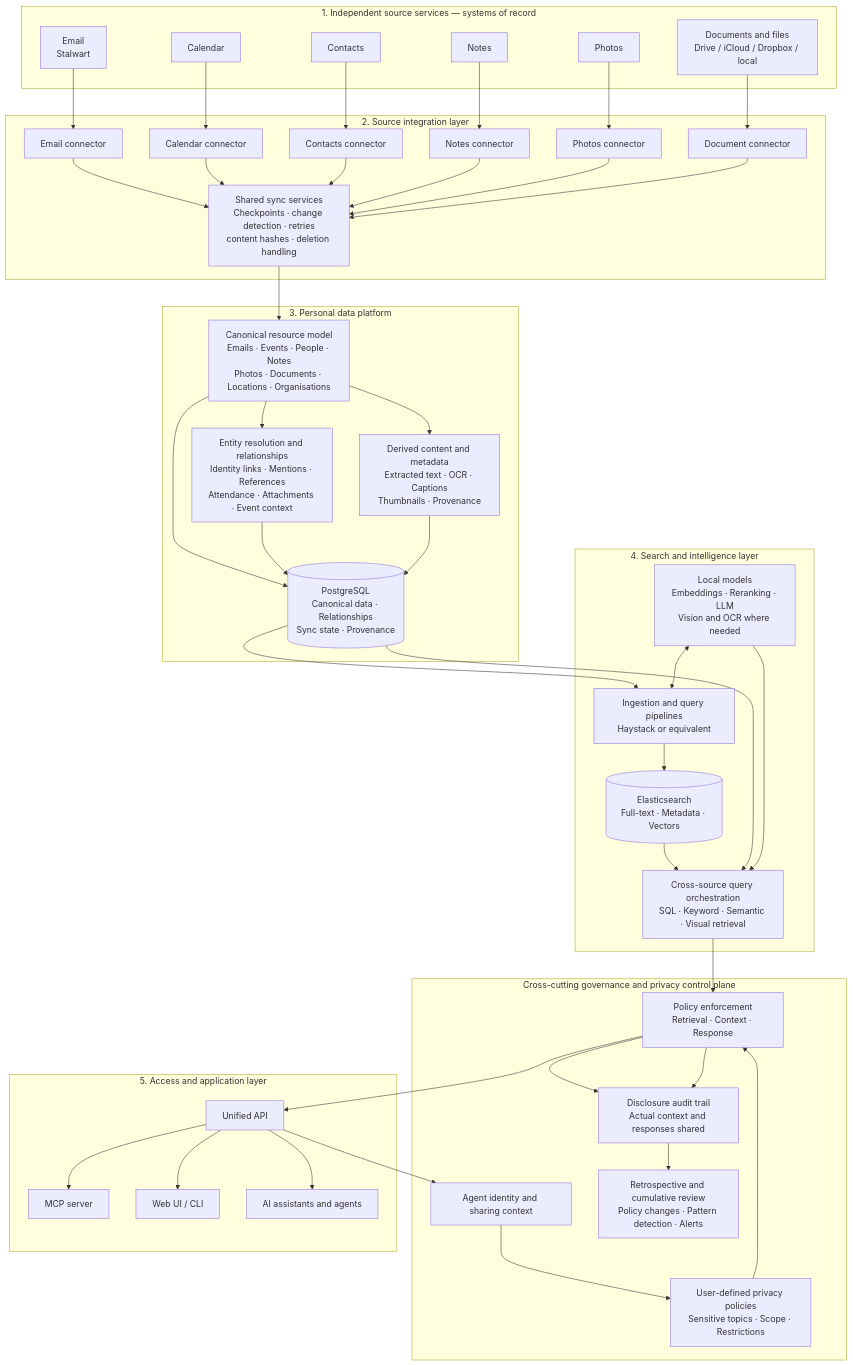
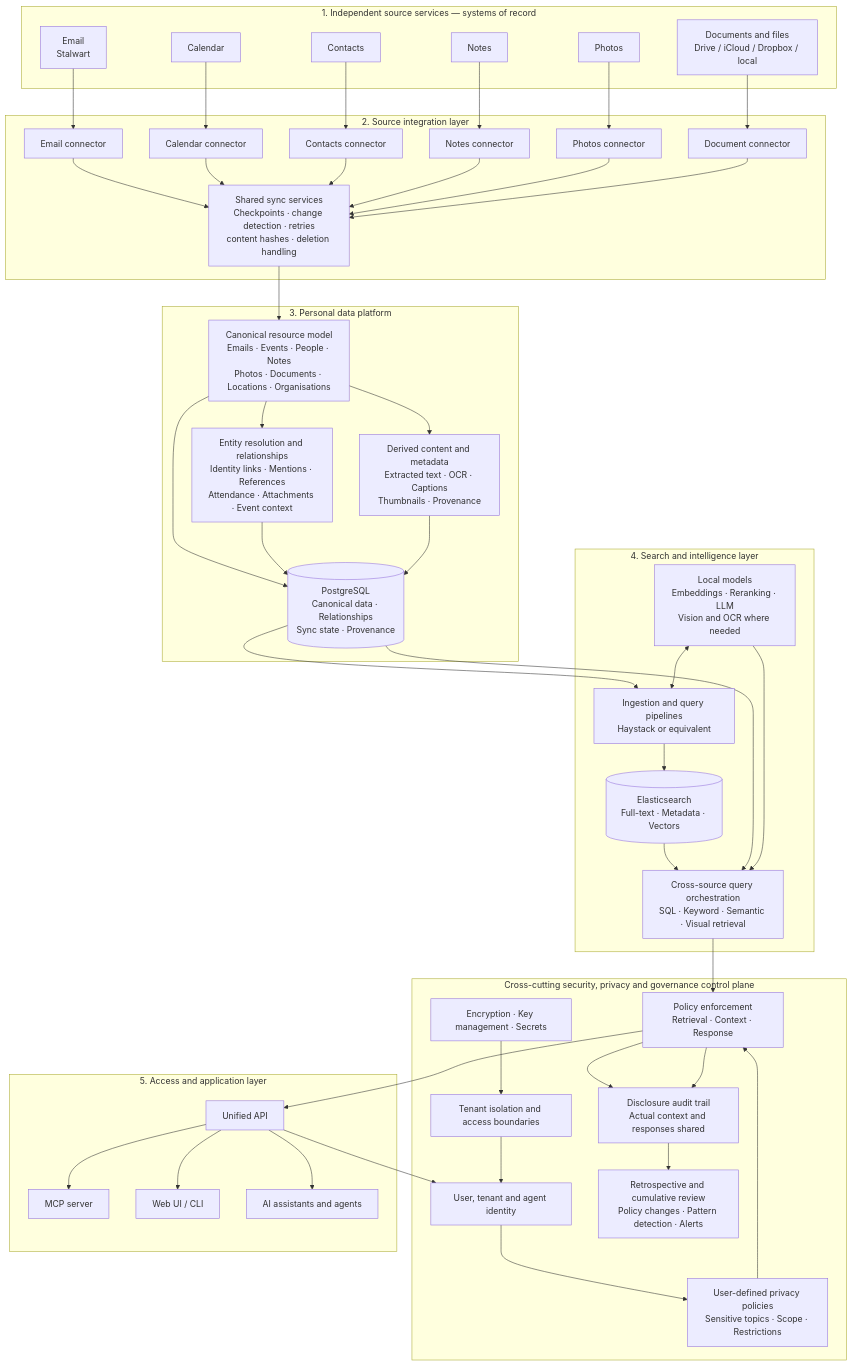
One commit to FelipeKha/rosalind changed the diagram in docs/rosalind-personal-data-platform-vision.md. Above: the diagram before and after it, drawn with Mermaid. The commit also changed other lines of this file, not shown here.

Commit message:
Update Rosalind vision for security considerations

```diff
--- a/docs/rosalind-personal-data-platform-vision.md
+++ b/docs/rosalind-personal-data-platform-vision.md
@@ -169,8 +169,10 @@
         ORCH["Cross-source query orchestration\nSQL · Keyword · Semantic · Visual retrieval"]
     end
 
-    subgraph GOVERNANCE["Cross-cutting governance and privacy control plane"]
-        IDENTITY["Agent identity and sharing context"]
+    subgraph GOVERNANCE["Cross-cutting security, privacy and governance control plane"]
+        TENANT["Tenant isolation and access boundaries"]
+        CRYPTO["Encryption · Key management · Secrets"]
+        IDENTITY["User, tenant and agent identity"]
         POLICY["User-defined privacy policies
 Sensitive topics · Scope · Restrictions"]
         ENFORCE["Policy enforcement
@@ -179,6 +181,8 @@
 Actual context and responses shared"]
         REVIEW["Retrospective and cumulative review
 Policy changes · Pattern detection · Alerts"]
+        TENANT --> IDENTITY
+        CRYPTO --> TENANT
         IDENTITY --> POLICY --> ENFORCE --> AUDIT --> REVIEW
     end
 
```
